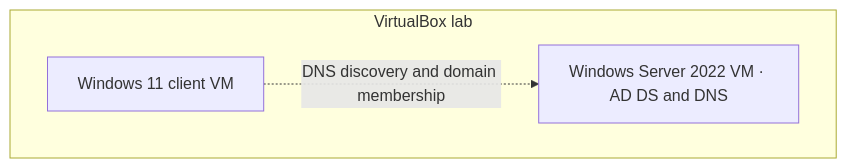
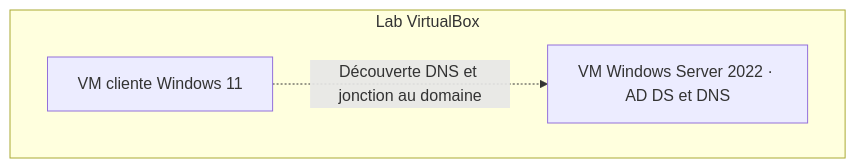
The diagram in architecture/README.md (Flavienx1/azure-administrator-homelab), drawn with Mermaid before and after one commit. The commit also changed other lines of this file and 16 other files, not shown here.

````diff
--- a/architecture/README.md
+++ b/architecture/README.md
@@ -5,8 +5,8 @@
 ```mermaid
 flowchart TB
-    subgraph Lab["VirtualBox lab"]
-        Client["Windows 11 client VM"]
-        DC["Windows Server 2022 VM · AD DS and DNS"]
+    subgraph Lab["Lab VirtualBox"]
+        Client["VM cliente Windows 11"]
+        DC["VM Windows Server 2022 · AD DS et DNS"]
     end
-    Client -.->|"DNS discovery and domain membership"| DC
+    Client -.->|"Découverte DNS et jonction au domaine"| DC
 ```
````
